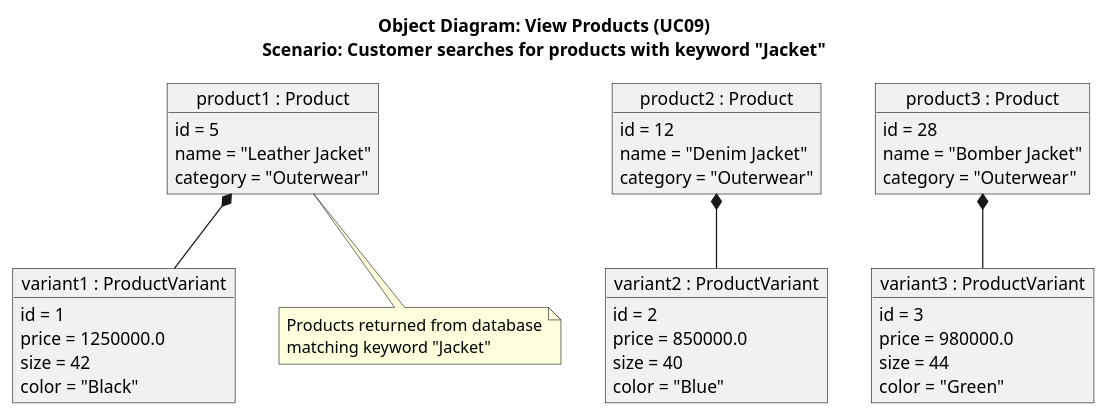
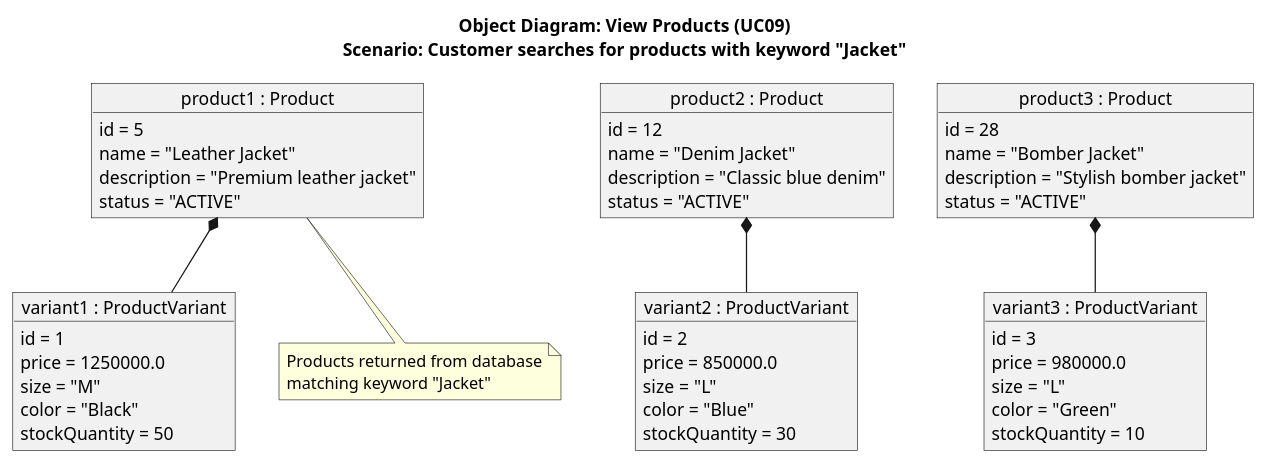
One commit to Peterdir/fashion-store-system changed the diagram in src/main/java/org/example/fashionstoresystem/uml/Object/OD09_ViewProducts.puml. Above: the diagram before and after it, drawn with PlantUML. The commit also changed 31 other files, not shown here.

Commit message:
Update uml

```diff
--- a/src/main/java/org/example/fashionstoresystem/uml/Object/OD09_ViewProducts.puml
+++ b/src/main/java/org/example/fashionstoresystem/uml/Object/OD09_ViewProducts.puml
@@ -1,52 +1,58 @@
 @startuml
 title Object Diagram: View Products (UC09)\nScenario: Customer searches for products with keyword "Jacket"
 
 object "product1 : Product" as p1 {
     id = 5
     name = "Leather Jacket"
-    category = "Outerwear"
+    description = "Premium leather jacket"
+    status = "ACTIVE"
 }
 
 object "variant1 : ProductVariant" as v1 {
     id = 1
     price = 1250000.0
-    size = 42
+    size = "M"
     color = "Black"
+    stockQuantity = 50
 }
 
 object "product2 : Product" as p2 {
     id = 12
     name = "Denim Jacket"
-    category = "Outerwear"
+    description = "Classic blue denim"
+    status = "ACTIVE"
 }
 
 object "variant2 : ProductVariant" as v2 {
     id = 2
     price = 850000.0
-    size = 40
+    size = "L"
     color = "Blue"
+    stockQuantity = 30
 }
 
 object "product3 : Product" as p3 {
     id = 28
     name = "Bomber Jacket"
-    category = "Outerwear"
+    description = "Stylish bomber jacket"
+    status = "ACTIVE"
 }
 
 object "variant3 : ProductVariant" as v3 {
     id = 3
     price = 980000.0
-    size = 44
+    size = "L"
     color = "Green"
+    stockQuantity = 10
 }
 
 p1 *-- v1
 p2 *-- v2
 p3 *-- v3
 
 note bottom of p1
     Products returned from database
     matching keyword "Jacket"
 end note
 
 @enduml
```
